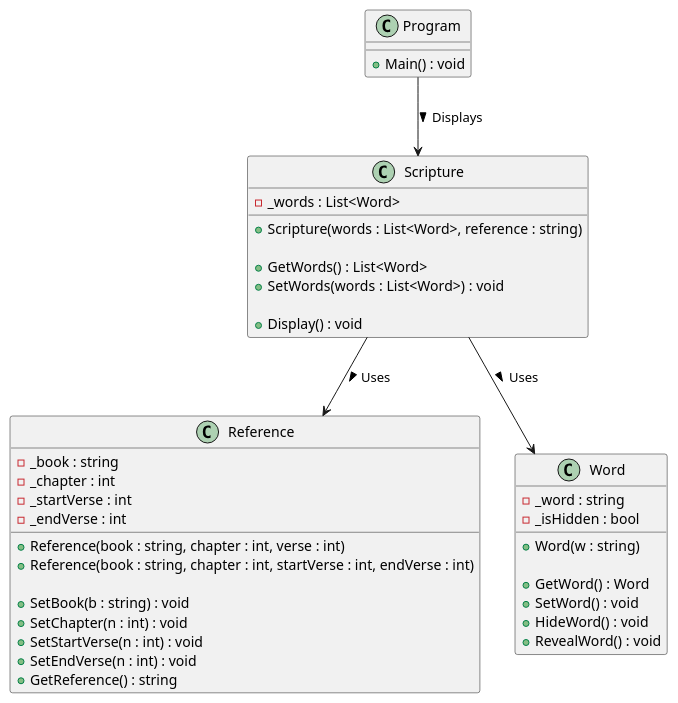
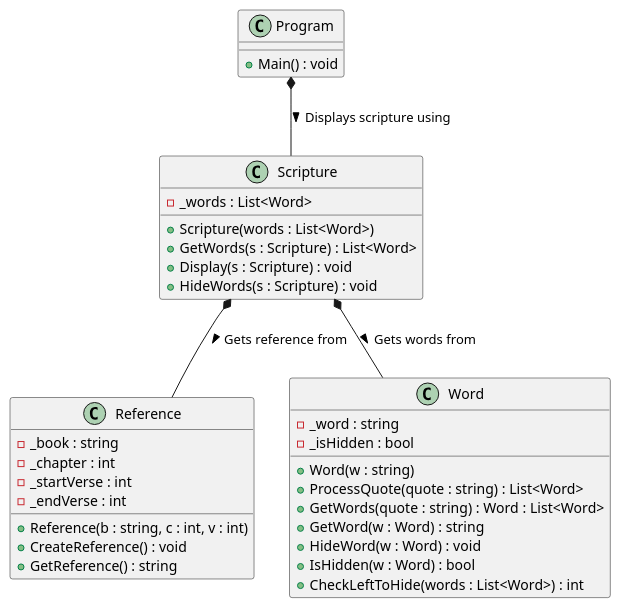
The diagram in prove/Develop03/Classes.PlantUML (hepercretical/cse210-template), drawn with PlantUML before and after one commit. The commit also changed 3 other files, not shown here.

Commit message:
W06 Prove  and UML

```diff
--- a/prove/Develop03/Classes.PlantUML
+++ b/prove/Develop03/Classes.PlantUML
@@ -1,49 +1,43 @@
 @startuml classes
 class Program{
     + Main() : void
 }
 
 class Scripture {
     - _words : List<Word>
  
-    + Scripture(words : List<Word>, reference : string)
-
-    + GetWords() : List<Word>
-    + SetWords(words : List<Word>) : void
-
-    + Display() : void
+    + Scripture(words : List<Word>)
+    + GetWords(s : Scripture) : List<Word>
+    + Display(s : Scripture) : void
+    + HideWords(s : Scripture) : void
 }
 
 class Reference{
     - _book : string
     - _chapter : int
     - _startVerse : int
     - _endVerse : int
-    
-    + Reference(book : string, chapter : int, verse : int)
-    + Reference(book : string, chapter : int, startVerse : int, endVerse : int)
-    
-    + SetBook(b : string) : void
-    + SetChapter(n : int) : void
-    + SetStartVerse(n : int) : void
-    + SetEndVerse(n : int) : void
+
+    + Reference(b : string, c : int, v : int)
+    + CreateReference() : void
     + GetReference() : string
 }
 
 class Word{
     - _word : string
     - _isHidden : bool
     
     + Word(w : string)
-
-    + GetWord() : Word
-    + SetWord() : void
-    + HideWord() : void
-    + RevealWord() : void
+    + ProcessQuote(quote : string) : List<Word>
+    + GetWords(quote : string) : Word : List<Word>
+    + GetWord(w : Word) : string
+    + HideWord(w : Word) : void
+    + IsHidden(w : Word) : bool
+    + CheckLeftToHide(words : List<Word>) : int
 }
 
-Program --> Scripture : > Displays
-Scripture --> Word : > Uses
-Scripture --> Reference : > Uses
+Program *-- Scripture : > Displays scripture using
+Scripture *-- Word : > Gets words from
+Scripture *-- Reference : > Gets reference from
 
 @enduml
```
